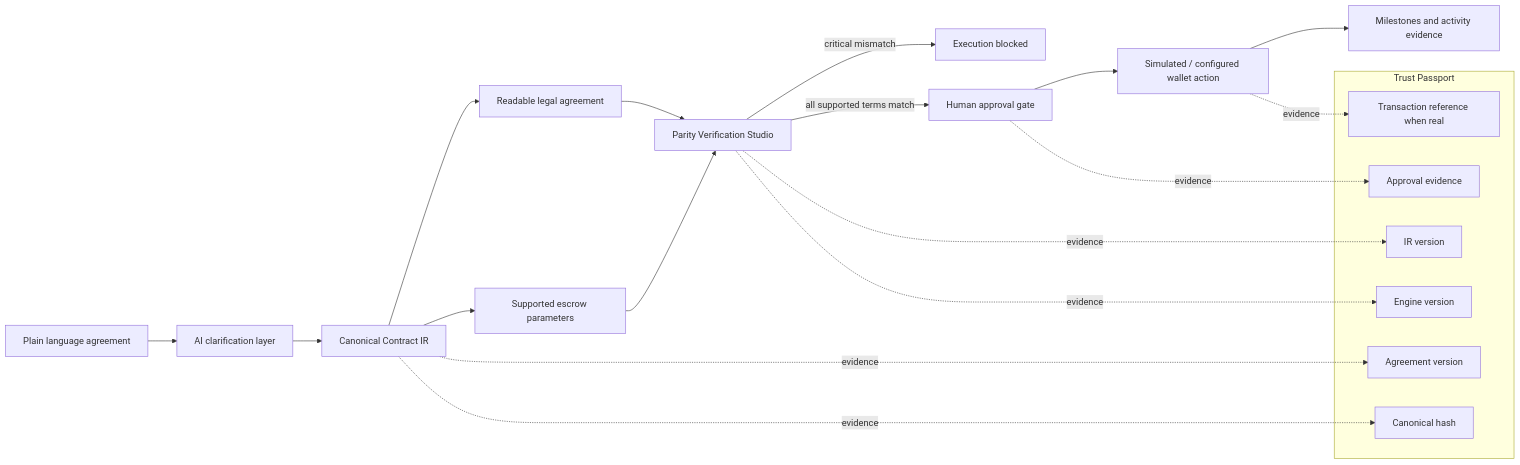
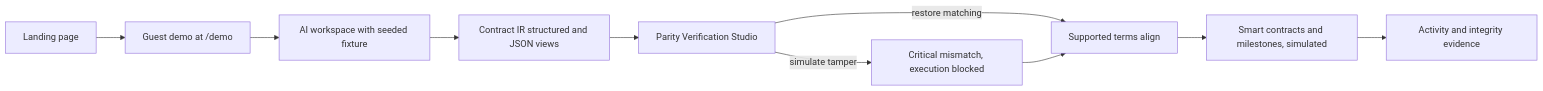
The sixth of 7 diagrams in README.md (the-nidhi-bhat/LEXORA-LegalX), drawn with Mermaid before and after one commit. The commit also changed other lines of this file and 21 other files, not shown here.

````diff
--- a/README.md
+++ b/README.md
@@ -105,28 +180,12 @@
 ```mermaid
 flowchart LR
-    A[Plain language agreement] --> B[AI clarification layer]
-    B --> C[Canonical Contract IR]
-    C --> D[Readable legal agreement]
-    C --> E[Supported escrow parameters]
-    D --> F[Parity Verification Studio]
-    E --> F
-    F -->|critical mismatch| G[Execution blocked]
-    F -->|all supported terms match| H[Human approval gate]
-    H --> I[Simulated / configured wallet action]
-    I --> J[Milestones and activity evidence]
-
-    subgraph Trust Passport
-      K[Agreement version]
-      L[Canonical hash]
-      M[IR version]
-      N[Engine version]
-      O[Approval evidence]
-      P[Transaction reference when real]
-    end
-    C -. evidence .-> K
-    C -. evidence .-> L
-    F -. evidence .-> M
-    F -. evidence .-> N
-    H -. evidence .-> O
-    I -. evidence .-> P
+    A[Landing page] --> B[Guest demo at /demo]
+    B --> C[AI workspace with seeded fixture]
+    C --> D[Contract IR structured and JSON views]
+    D --> E[Parity Verification Studio]
+    E -->|simulate tamper| F[Critical mismatch, execution blocked]
+    E -->|restore matching| G[Supported terms align]
+    F --> G
+    G --> H[Smart contracts and milestones, simulated]
+    H --> I[Activity and integrity evidence]
 ```
````
